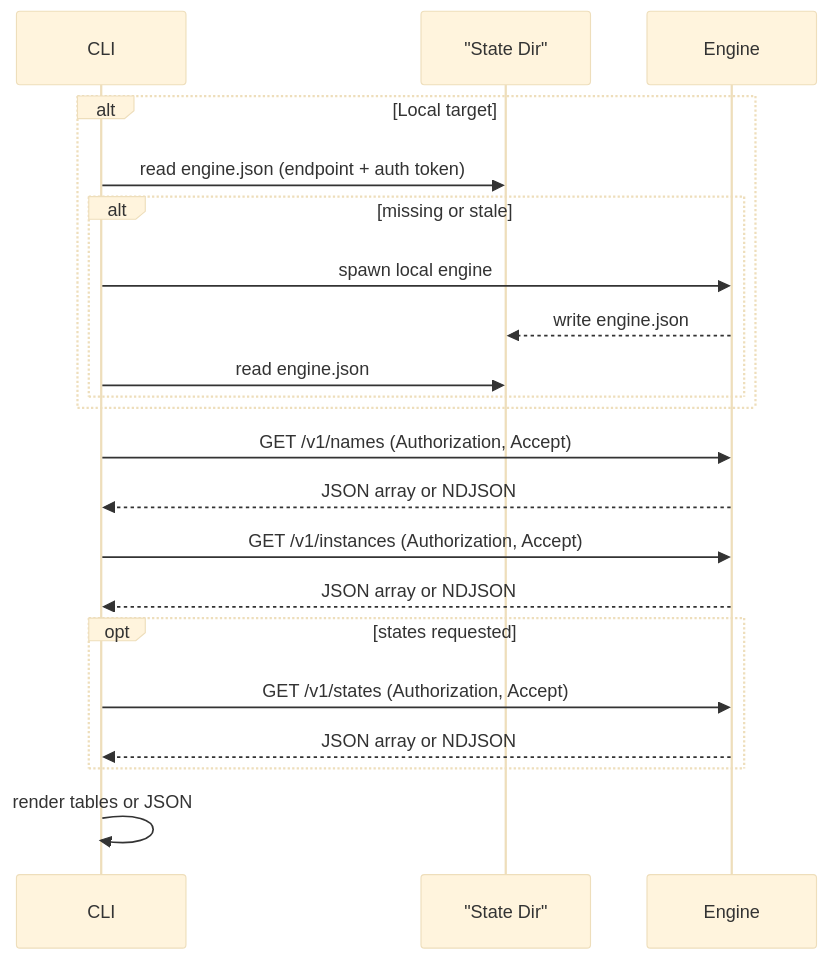
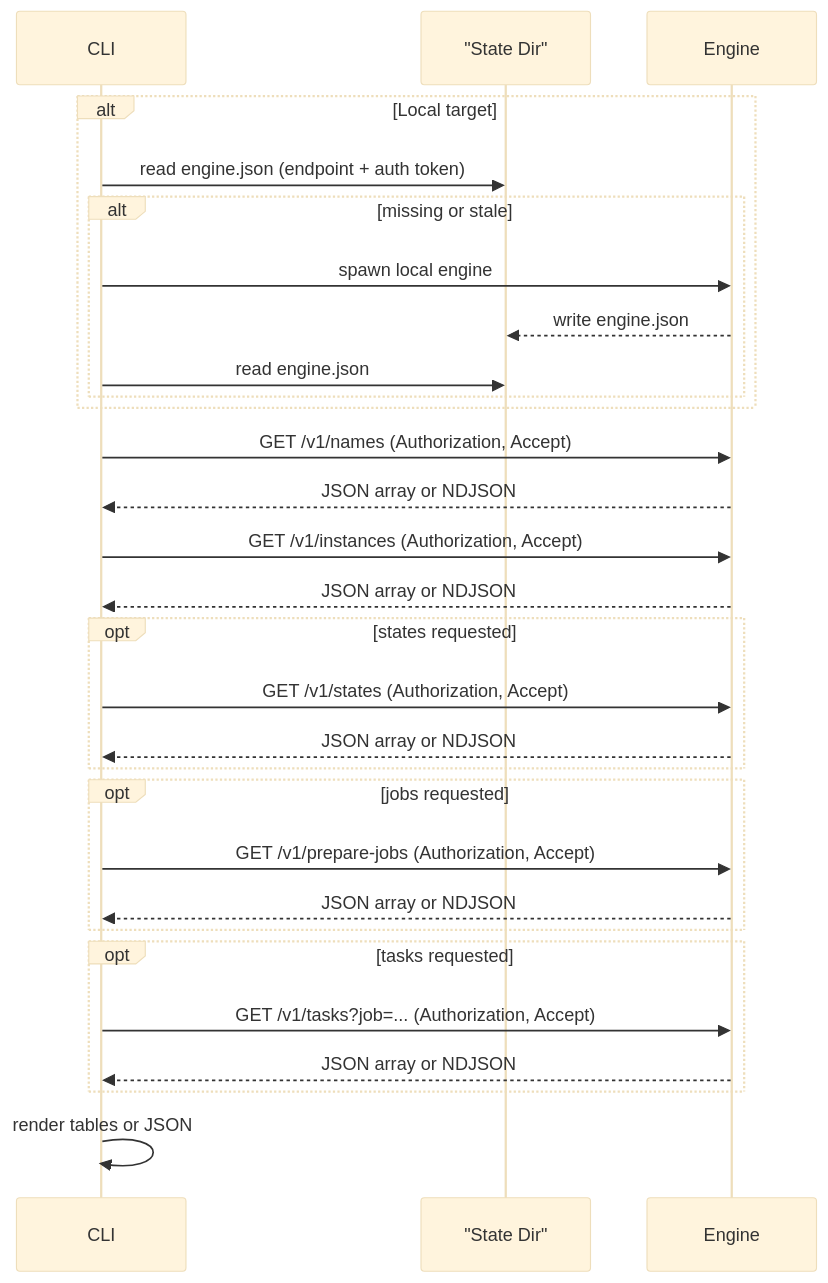
One commit to kimak-irmagi/taidon changed the fourth of 5 diagrams in docs/architecture/cli-architecture.md. Above: the diagram before and after it, drawn with Mermaid (base theme). The commit also changed other lines of this file and 5 other files, not shown here.

````diff
--- a/docs/architecture/cli-architecture.md
+++ b/docs/architecture/cli-architecture.md
@@ -87,25 +87,33 @@
 ```mermaid
 sequenceDiagram
   participant CLI as CLI
   participant FS as "State Dir"
   participant ENG as Engine
 
   alt Local target
     CLI->>FS: read engine.json (endpoint + auth token)
     alt missing or stale
       CLI->>ENG: spawn local engine
       ENG-->>FS: write engine.json
       CLI->>FS: read engine.json
     end
   end
 
   CLI->>ENG: GET /v1/names (Authorization, Accept)
   ENG-->>CLI: JSON array or NDJSON
   CLI->>ENG: GET /v1/instances (Authorization, Accept)
   ENG-->>CLI: JSON array or NDJSON
   opt states requested
     CLI->>ENG: GET /v1/states (Authorization, Accept)
     ENG-->>CLI: JSON array or NDJSON
   end
+  opt jobs requested
+    CLI->>ENG: GET /v1/prepare-jobs (Authorization, Accept)
+    ENG-->>CLI: JSON array or NDJSON
+  end
+  opt tasks requested
+    CLI->>ENG: GET /v1/tasks?job=... (Authorization, Accept)
+    ENG-->>CLI: JSON array or NDJSON
+  end
   CLI->>CLI: render tables or JSON
 ```
````
